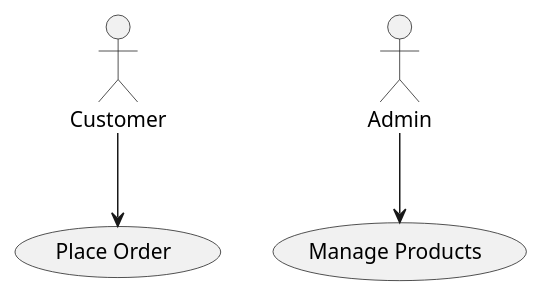
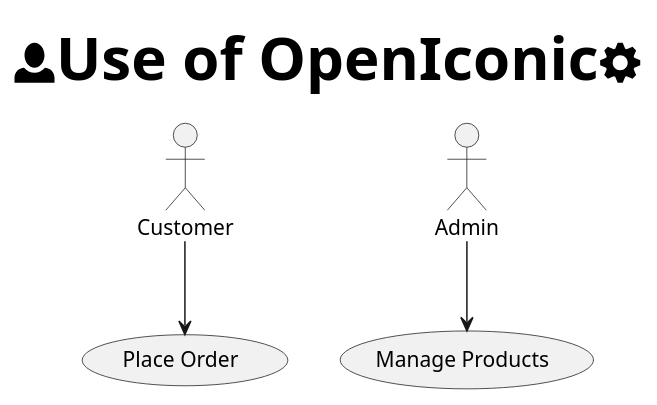
Before and after one commit to pmwong008/PlantUML_boot: the diagram in docs/architecture/use_case_diagram.puml, drawn with PlantUML. The commit also changed 7 other files, not shown here.

```diff
--- a/docs/architecture/use_case_diagram.puml
+++ b/docs/architecture/use_case_diagram.puml
@@ -1,8 +1,9 @@
 @startuml
+title: <size:40><&person>Use of OpenIconic<&cog></size>
 actor Customer
 actor Admin
 usecase "Place Order" as UC1
 usecase "Manage Products" as UC2
 Customer --> UC1
 Admin --> UC2
 @enduml
```
